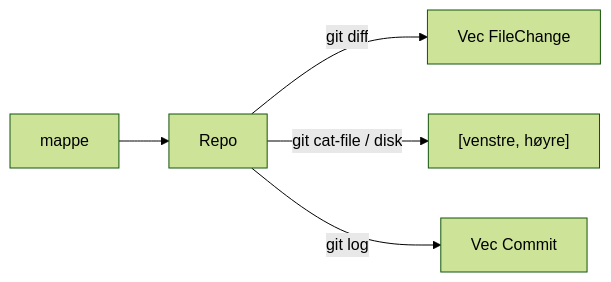
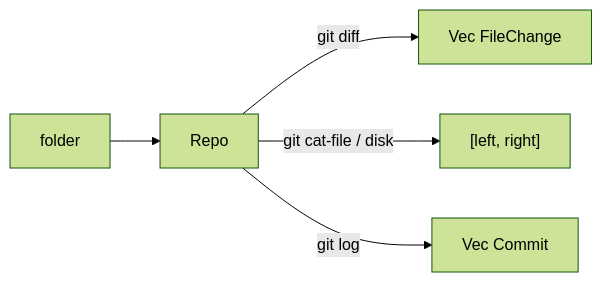
One commit to akemkers/jetdiff changed the diagram in crates/jetdiff-git/README.md. Above: the diagram before and after it, drawn with Mermaid (forest theme). The commit also changed other lines of this file and 15 other files, not shown here.

````diff
--- a/crates/jetdiff-git/README.md
+++ b/crates/jetdiff-git/README.md
@@ -24,7 +24,7 @@
 ```mermaid
 graph LR
-    dir[mappe] --> repo[Repo]
+    dir[folder] --> repo[Repo]
     repo -- git diff --> changes[Vec FileChange]
-    repo -- git cat-file / disk --> read["[venstre, høyre]"]
+    repo -- git cat-file / disk --> read["[left, right]"]
     repo -- git log --> commits[Vec Commit]
 ```
````
